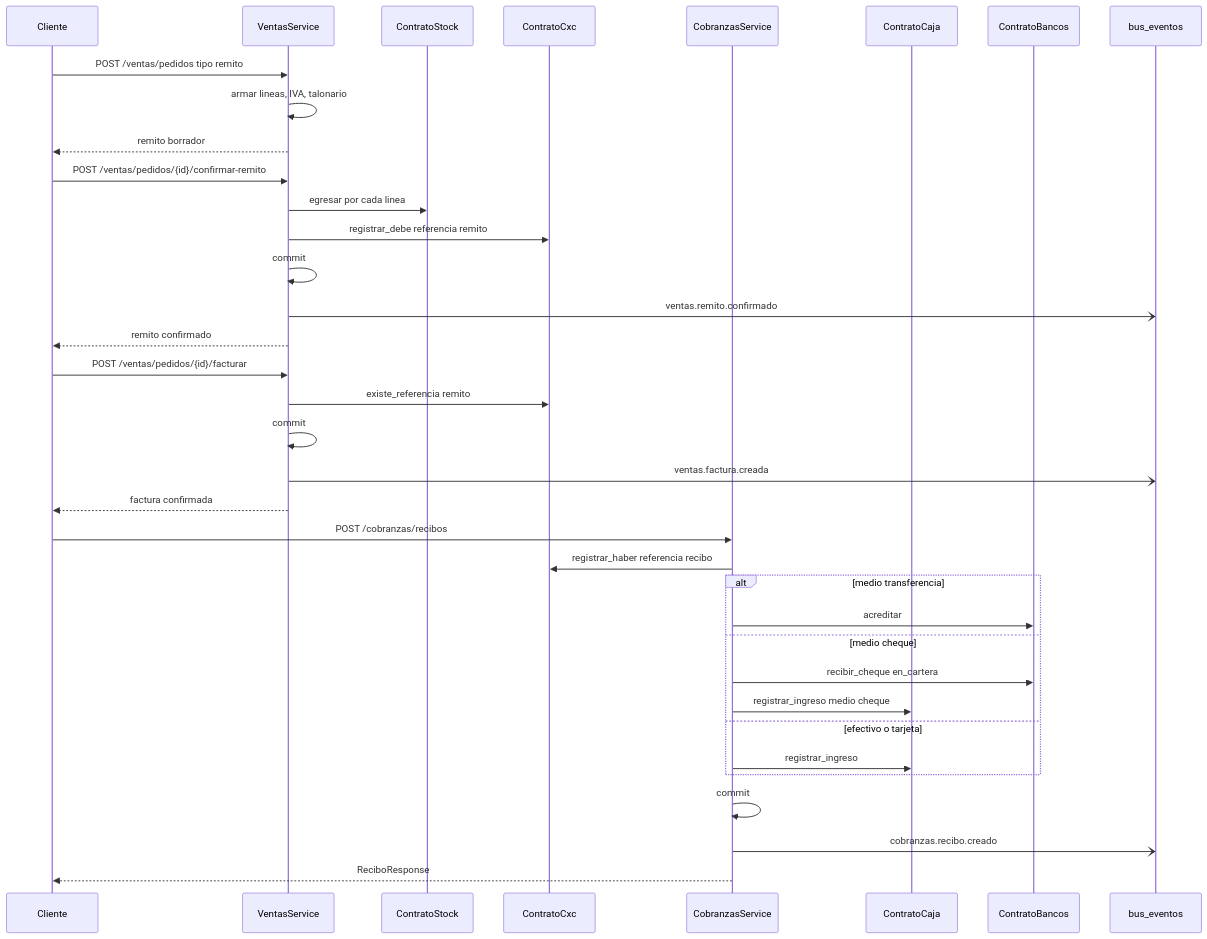
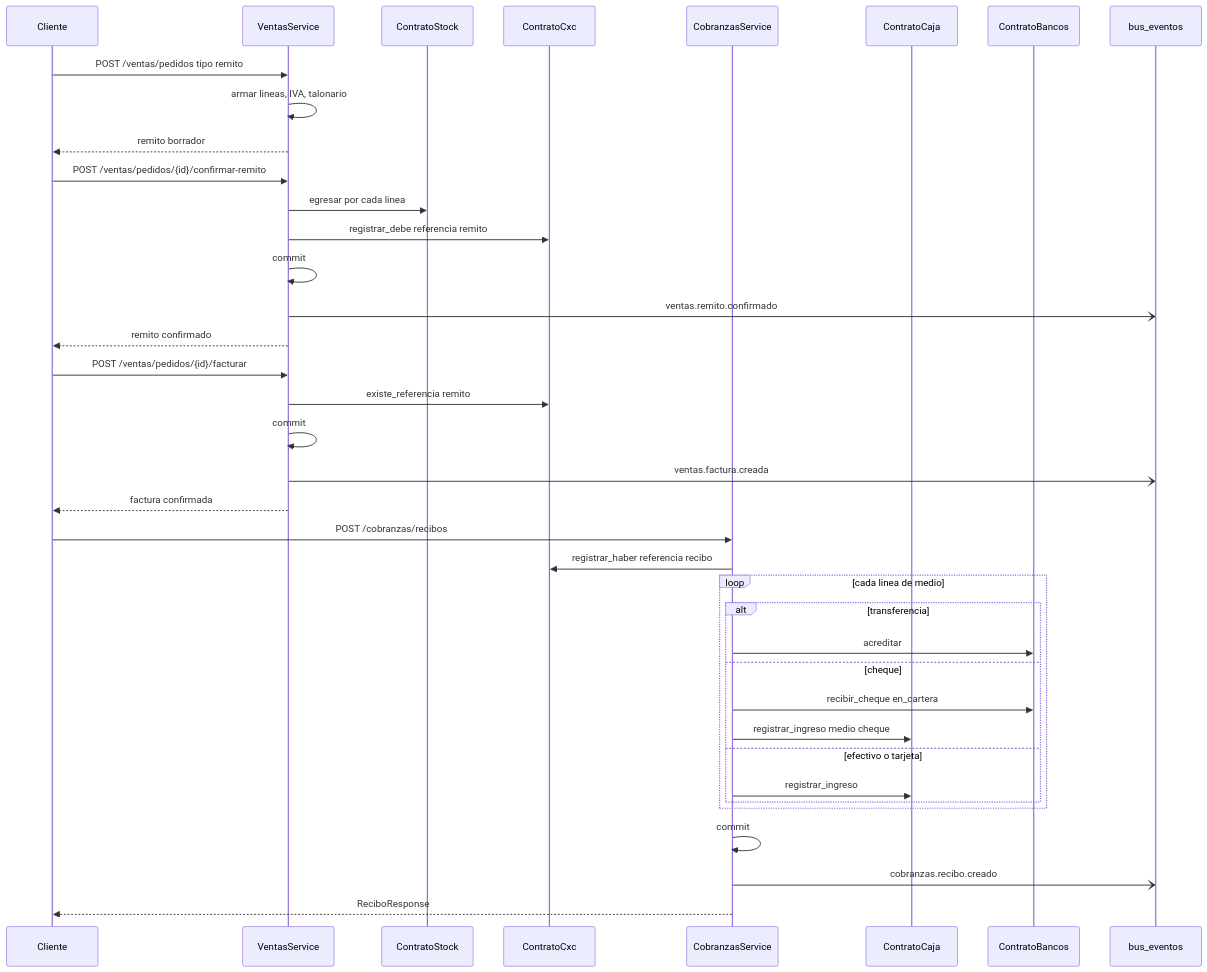
The diagram in docs/diagramas/cadena-venta-cobro.md (estsan3/ventas360-api), drawn with Mermaid before and after one commit. The commit also changed other lines of this file and 16 other files, not shown here.

First line of the commit message:
docs: actualizar diagramas de secuencia por módulo.

````diff
--- a/docs/diagramas/cadena-venta-cobro.md
+++ b/docs/diagramas/cadena-venta-cobro.md
@@ -8,42 +8,44 @@
 ```mermaid
 sequenceDiagram
     participant Cliente
     participant Ventas as VentasService
     participant Stock as ContratoStock
     participant Cxc as ContratoCxc
     participant Cobranzas as CobranzasService
     participant Caja as ContratoCaja
     participant Bancos as ContratoBancos
     participant Bus as bus_eventos
 
     Cliente->>Ventas: POST /ventas/pedidos tipo remito
     Ventas->>Ventas: armar lineas, IVA, talonario
     Ventas-->>Cliente: remito borrador
 
     Cliente->>Ventas: POST /ventas/pedidos/{id}/confirmar-remito
     Ventas->>Stock: egresar por cada linea
     Ventas->>Cxc: registrar_debe referencia remito
     Ventas->>Ventas: commit
     Ventas-)Bus: ventas.remito.confirmado
     Ventas-->>Cliente: remito confirmado
 
     Cliente->>Ventas: POST /ventas/pedidos/{id}/facturar
     Ventas->>Cxc: existe_referencia remito
     Ventas->>Ventas: commit
     Ventas-)Bus: ventas.factura.creada
     Ventas-->>Cliente: factura confirmada
 
     Cliente->>Cobranzas: POST /cobranzas/recibos
     Cobranzas->>Cxc: registrar_haber referencia recibo
-    alt medio transferencia
-        Cobranzas->>Bancos: acreditar
-    else medio cheque
-        Cobranzas->>Bancos: recibir_cheque en_cartera
-        Cobranzas->>Caja: registrar_ingreso medio cheque
-    else efectivo o tarjeta
-        Cobranzas->>Caja: registrar_ingreso
+    loop cada linea de medio
+        alt transferencia
+            Cobranzas->>Bancos: acreditar
+        else cheque
+            Cobranzas->>Bancos: recibir_cheque en_cartera
+            Cobranzas->>Caja: registrar_ingreso medio cheque
+        else efectivo o tarjeta
+            Cobranzas->>Caja: registrar_ingreso
+        end
     end
     Cobranzas->>Cobranzas: commit
     Cobranzas-)Bus: cobranzas.recibo.creado
     Cobranzas-->>Cliente: ReciboResponse
 ```
````
